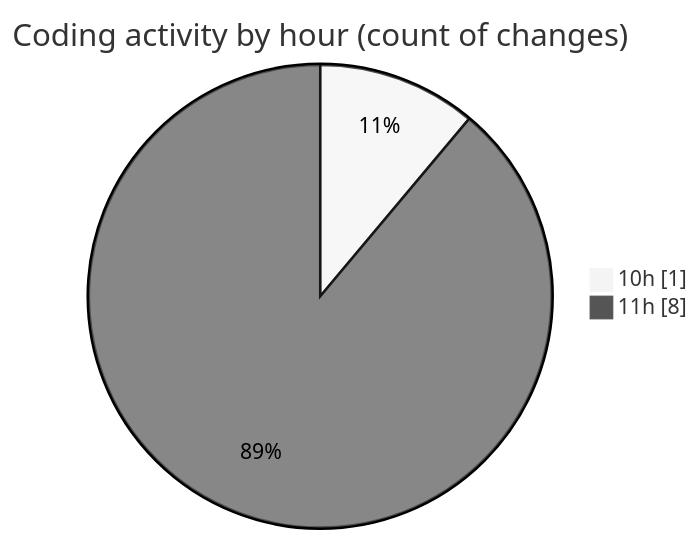
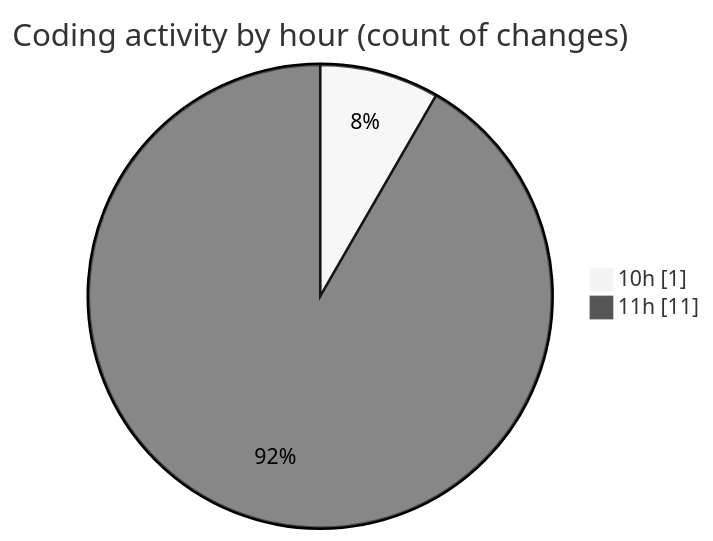
The second of 2 diagrams in 2025-10-03/untitled__workspace_/README.md (debugP/code-tracking), drawn with Mermaid (neutral theme) before and after one commit. The commit also changed other lines of this file and 1 other file, not shown here.

````diff
--- a/2025-10-03/untitled__workspace_/README.md
+++ b/2025-10-03/untitled__workspace_/README.md
@@ -28,6 +28,6 @@
 ```mermaid
 pie showData
 title Coding activity by hour (count of changes)
 "10h" : 1
-"11h" : 8
+"11h" : 11
 ```
````
